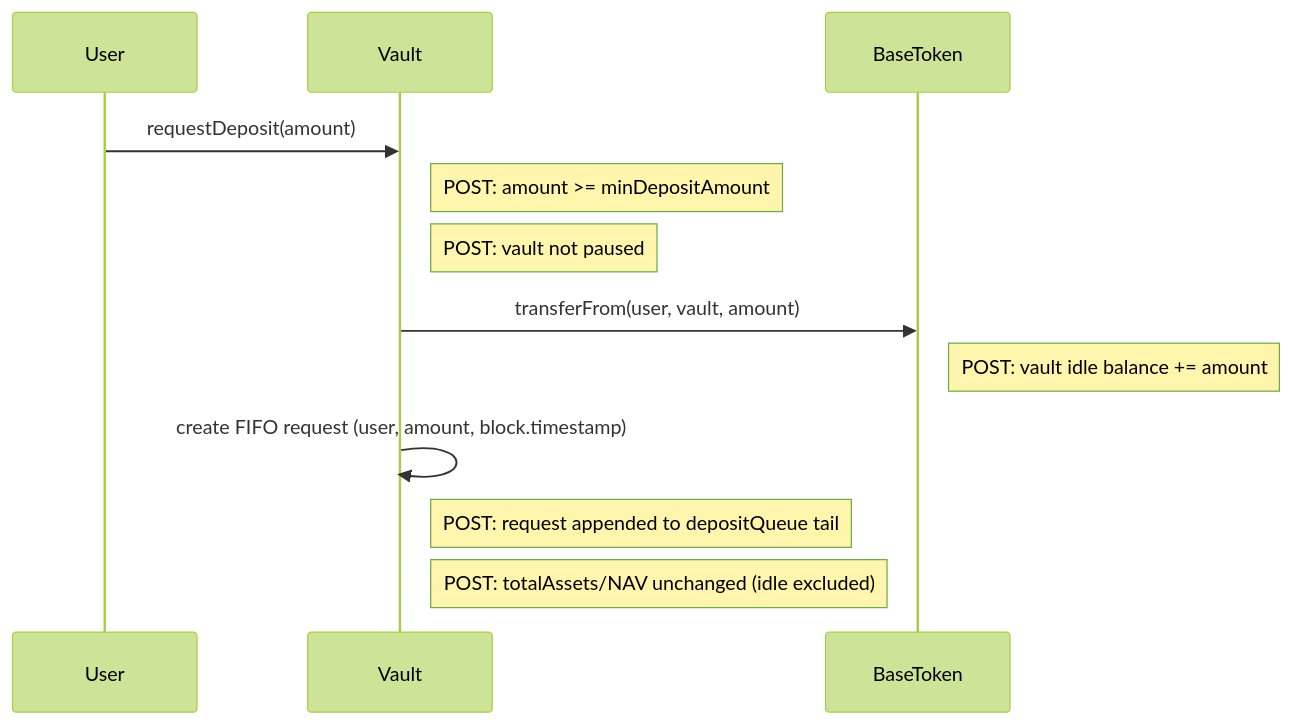
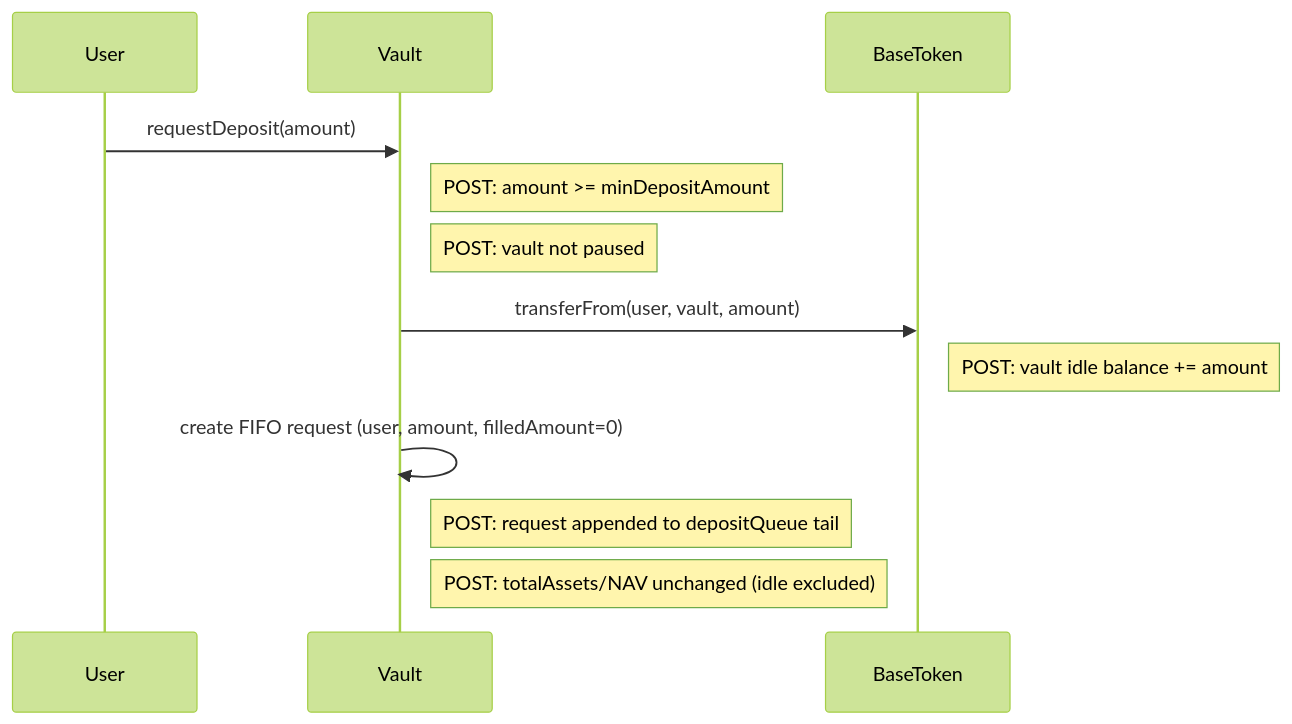
The first of 20 diagrams in docs/architecture/call-diagrams.md (evgenynacu/leverage-vaults), drawn with Mermaid (forest theme) before and after one commit. The commit also changed other lines of this file and 25 other files, not shown here.

````diff
--- a/docs/architecture/call-diagrams.md
+++ b/docs/architecture/call-diagrams.md
@@ -5,11 +7,11 @@
 ```mermaid
 sequenceDiagram
     User->>Vault: requestDeposit(amount)
     note right of Vault: POST: amount >= minDepositAmount
     note right of Vault: POST: vault not paused
     Vault->>BaseToken: transferFrom(user, vault, amount)
     note right of BaseToken: POST: vault idle balance += amount
-    Vault->>Vault: create FIFO request (user, amount, block.timestamp)
+    Vault->>Vault: create FIFO request (user, amount, filledAmount=0)
     note right of Vault: POST: request appended to depositQueue tail
     note right of Vault: POST: totalAssets/NAV unchanged (idle excluded)
 ```
````
